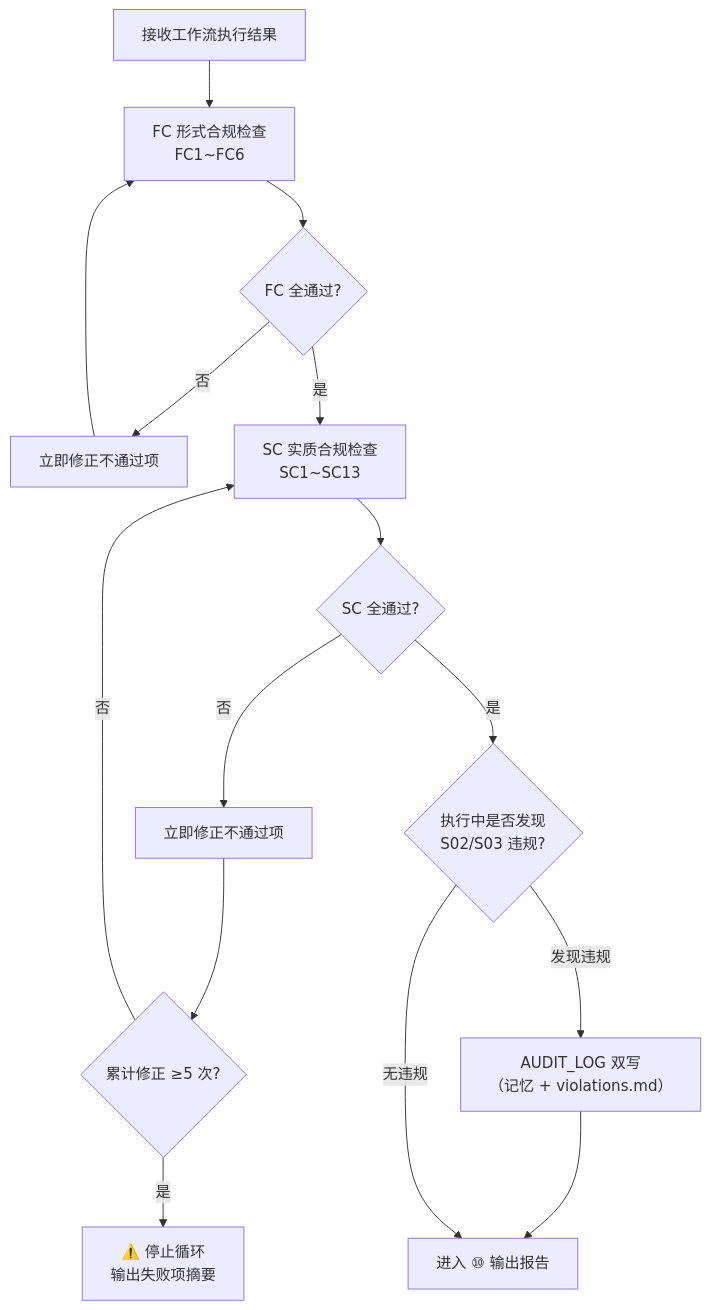
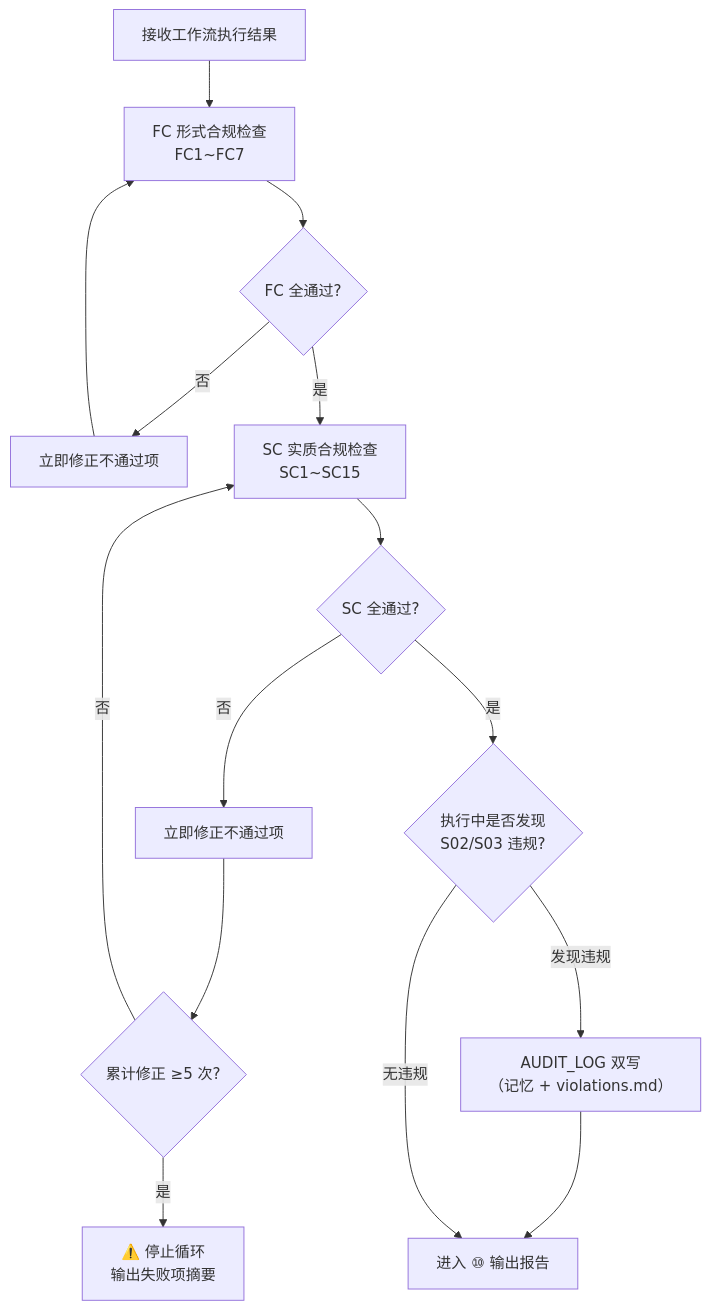
Before and after one commit to devcodex-labs/devcodex: the diagram in website/docs/specs/exec-compliance-flow.md, drawn with Mermaid. The commit also changed other lines of this file and 36 other files, not shown here.

````diff
--- a/website/docs/specs/exec-compliance-flow.md
+++ b/website/docs/specs/exec-compliance-flow.md
@@ -10,25 +10,25 @@
 ```mermaid
 flowchart TD
     IN["接收工作流执行结果"]
-    FC["FC 形式合规检查\nFC1~FC6"]
+    FC["FC 形式合规检查\nFC1~FC7"]
     FC_OK{"FC 全通过?"}
     FC_FIX["立即修正不通过项"]
-    SC["SC 实质合规检查\nSC1~SC13"]
+    SC["SC 实质合规检查\nSC1~SC15"]
     SC_OK{"SC 全通过?"}
     SC_FIX["立即修正不通过项"]
     RETRY{"累计修正 ≥5 次?"}
     STOP["⚠️ 停止循环\n输出失败项摘要"]
     AUDIT{"执行中是否发现\nS02/S03 违规?"}
     AUDIT_LOG["AUDIT_LOG 双写\n（记忆 + violations.md）"]
     OUT["进入 ⑩ 输出报告"]
 
     IN --> FC --> FC_OK
     FC_OK -->|"否"| FC_FIX --> FC
     FC_OK -->|"是"| SC --> SC_OK
     SC_OK -->|"否"| SC_FIX --> RETRY
     RETRY -->|"否"| SC
     RETRY -->|"是"| STOP
     SC_OK -->|"是"| AUDIT
     AUDIT -->|"发现违规"| AUDIT_LOG --> OUT
     AUDIT -->|"无违规"| OUT
 ```
````
